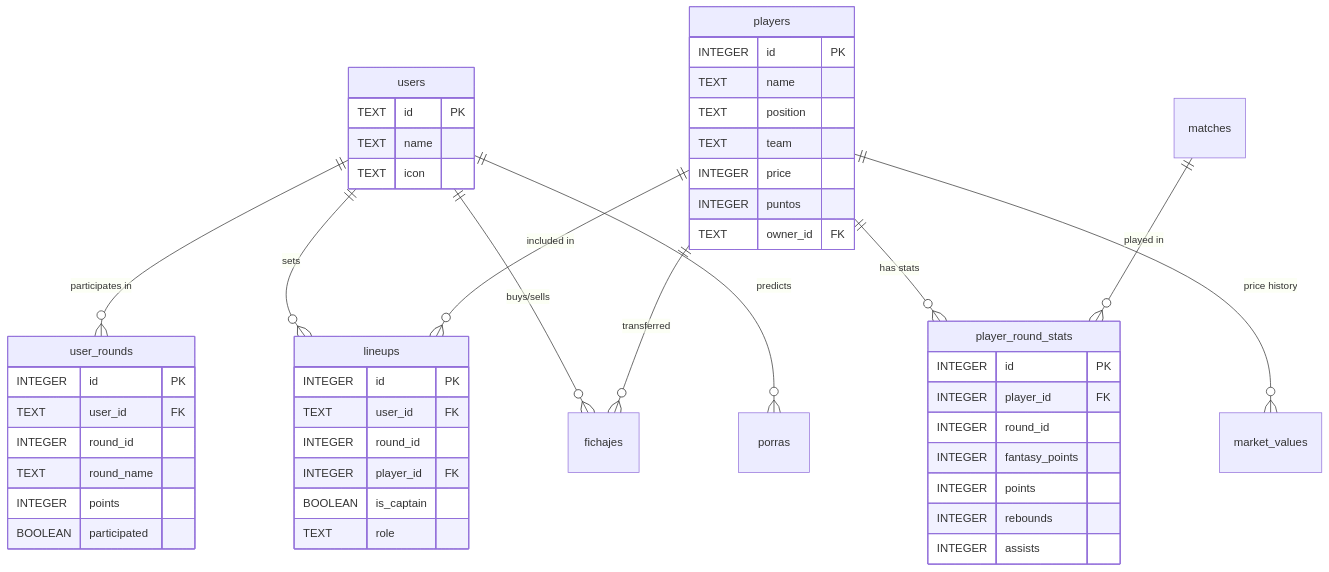
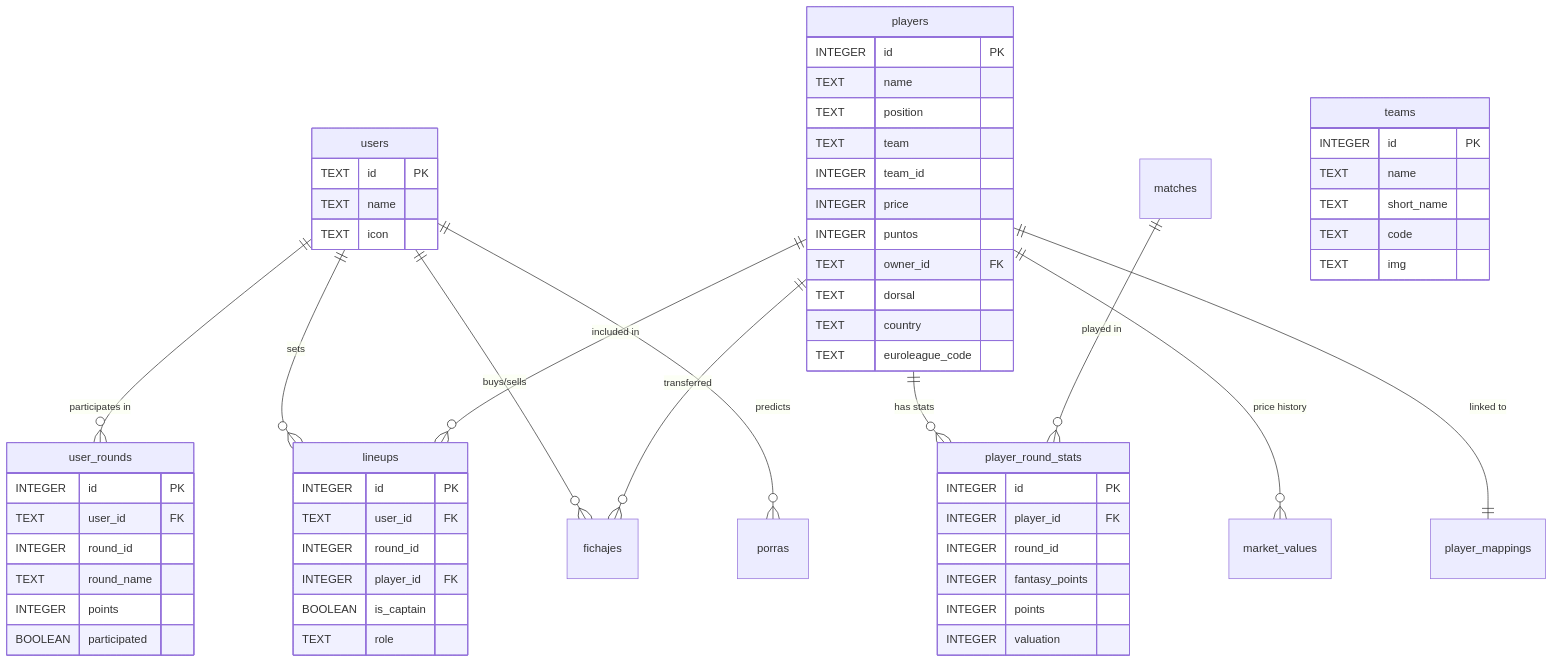
One commit to c4rl0s04/biwenger-euroleague-stats changed the diagram in DATABASE.md. Above: the diagram before and after it, drawn with Mermaid. The commit also changed other lines of this file and 17 other files, not shown here.

````diff
--- a/DATABASE.md
+++ b/DATABASE.md
@@ -7,58 +7,70 @@
 ```mermaid
 erDiagram
     users ||--o{ user_rounds : "participates in"
     users ||--o{ lineups : "sets"
     users ||--o{ fichajes : "buys/sells"
     users ||--o{ porras : "predicts"
 
     players ||--o{ lineups : "included in"
     players ||--o{ player_round_stats : "has stats"
     players ||--o{ market_values : "price history"
     players ||--o{ fichajes : "transferred"
+    players ||--|| player_mappings : "linked to"
 
     matches ||--o{ player_round_stats : "played in"
 
     users {
         TEXT id PK
         TEXT name
         TEXT icon
     }
 
     players {
         INTEGER id PK
         TEXT name
         TEXT position
         TEXT team
+        INTEGER team_id
         INTEGER price
         INTEGER puntos
         TEXT owner_id FK
+        TEXT dorsal
+        TEXT country
+        TEXT euroleague_code
+    }
+
+    teams {
+        INTEGER id PK
+        TEXT name
+        TEXT short_name
+        TEXT code
+        TEXT img
     }
 
     user_rounds {
         INTEGER id PK
         TEXT user_id FK
         INTEGER round_id
         TEXT round_name
         INTEGER points
         BOOLEAN participated
     }
 
     lineups {
         INTEGER id PK
         TEXT user_id FK
         INTEGER round_id
         INTEGER player_id FK
         BOOLEAN is_captain
         TEXT role
     }
 
     player_round_stats {
         INTEGER id PK
         INTEGER player_id FK
         INTEGER round_id
         INTEGER fantasy_points
         INTEGER points
-        INTEGER rebounds
-        INTEGER assists
+        INTEGER valuation
     }
 ```
````
